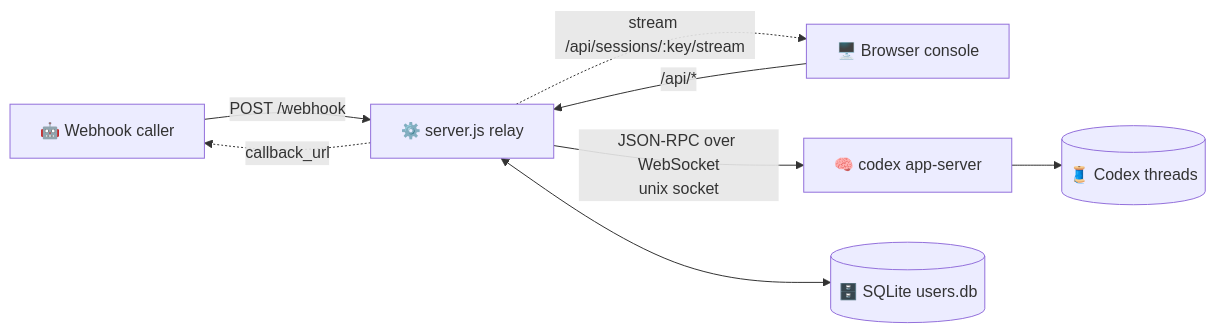
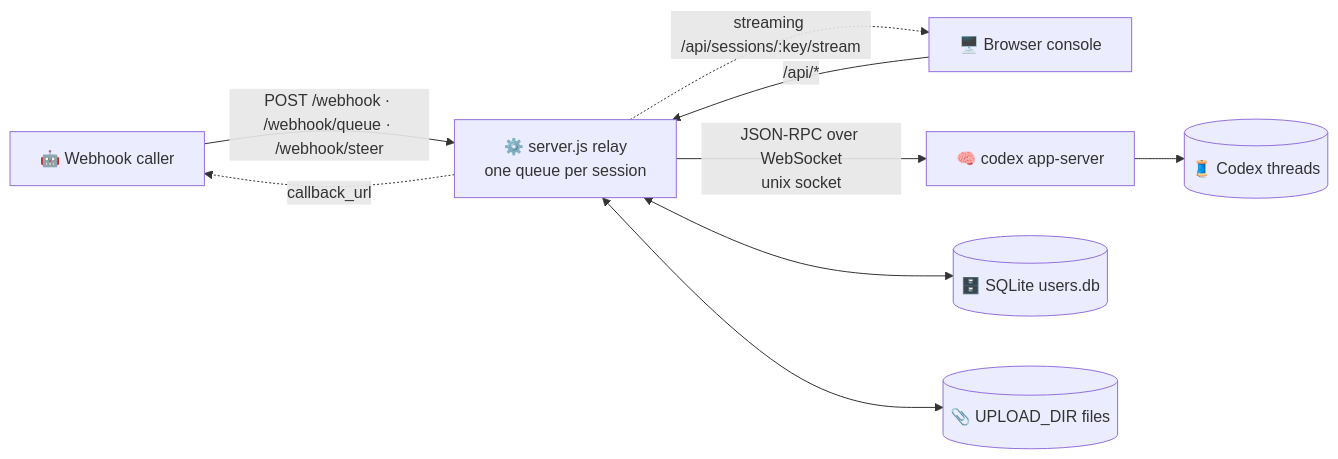
The first of 2 diagrams in README.en.md (dylantsai-dev/linebot-relay), drawn with Mermaid before and after one commit. The commit also changed other lines of this file and 1 other file, not shown here.

Commit message:
docs: README for any-file uploads, refresh/resume, queue vs steer, three webhooks; domain placeholder

````diff
--- a/README.en.md
+++ b/README.en.md
@@ -37,10 +41,11 @@
 ```mermaid
 flowchart LR
-  W[🤖 Webhook caller] -- POST /webhook --> S
+  W[🤖 Webhook caller] -- POST /webhook · /webhook/queue · /webhook/steer --> S
   B[🖥️ Browser console] -- /api/* --> S
-  S[⚙️ server.js relay] -- JSON-RPC over WebSocket<br/>unix socket --> A[🧠 codex app-server]
+  S[⚙️ server.js relay<br/>one queue per session] -- JSON-RPC over WebSocket<br/>unix socket --> A[🧠 codex app-server]
   A --> T[(🧵 Codex threads)]
   S <--> D[(🗄️ SQLite users.db)]
-  S -. stream /api/sessions/:key/stream .-> B
+  S <--> U[(📎 UPLOAD_DIR files)]
+  S -. streaming /api/sessions/:key/stream .-> B
   S -. callback_url .-> W
 ```
````
